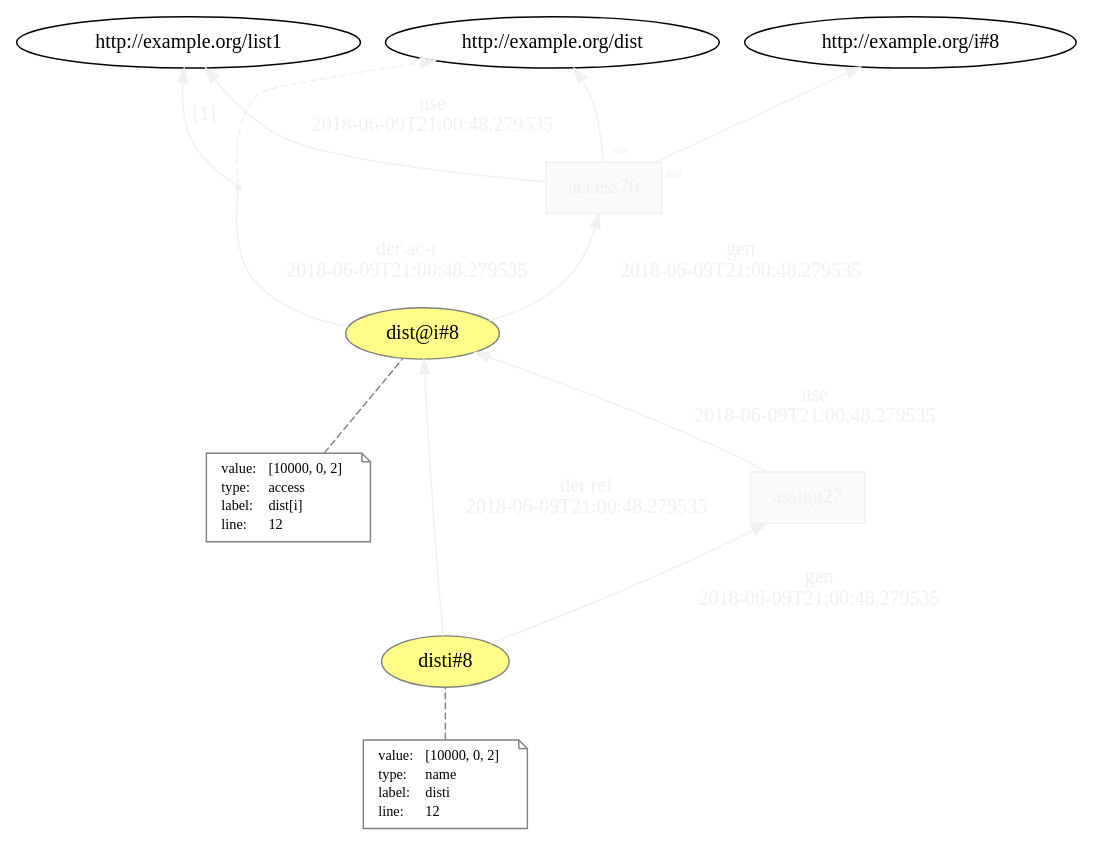
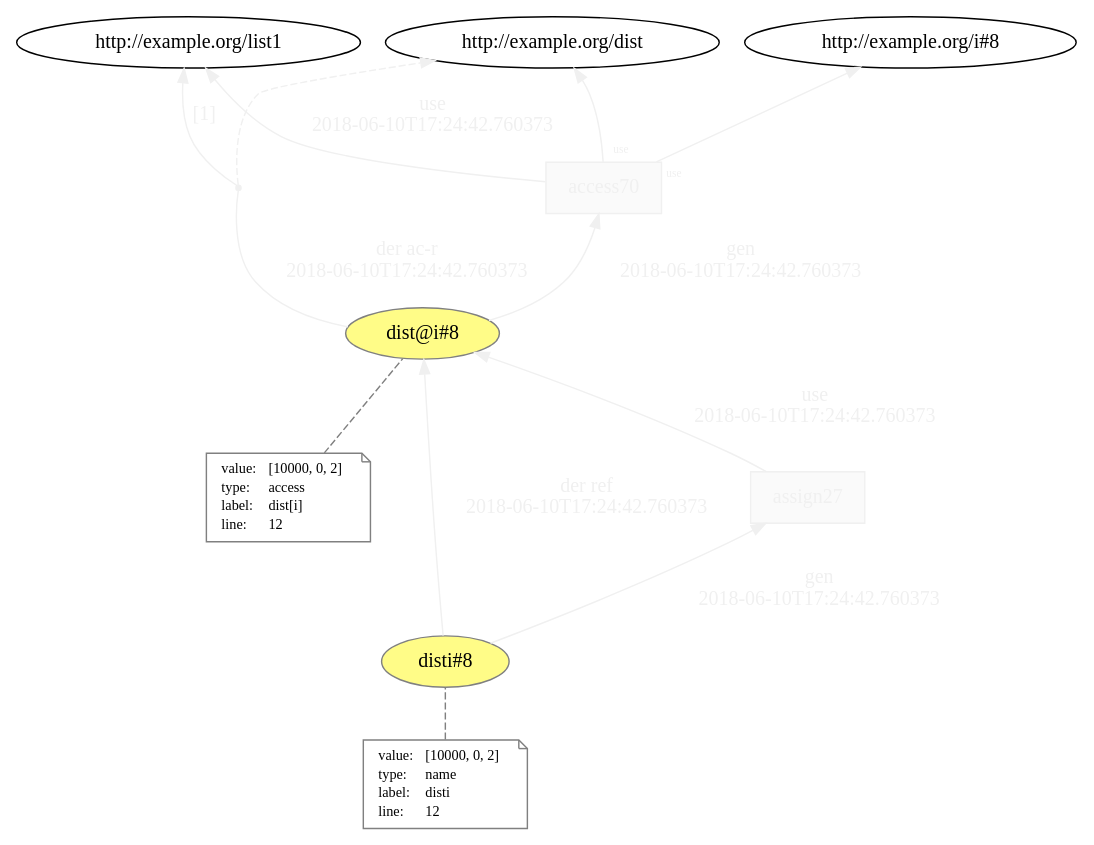
One commit to dew-uff/versioned-prov changed the diagram in generated/intertwined_prov/temp/L12__access__assign_8.dot. Above: the diagram before and after it, drawn with Graphviz. The commit also changed 947 other files, not shown here.

```diff
--- a/generated/intertwined_prov/temp/L12__access__assign_8.dot
+++ b/generated/intertwined_prov/temp/L12__access__assign_8.dot
@@ -1,61 +1,61 @@
 digraph "PROV" { size="16,12"; rankdir="BT";
 "http://example.org/dist@i#8" [fillcolor="#FFFC87",color="#808080",style="filled",label="dist@i#8",URL="http://example.org/dist@i#8"]
 "http://example.org/dist@i#8-attrs" [color="gray",shape="note",fontsize="10",fontcolor="black",label=<<TABLE cellpadding="0" border="0">
 	<TR>
 	    <TD align="left">value:</TD>
 	    <TD align="left">[10000, 0, 2]</TD>
 	</TR>
 	<TR>
 	    <TD align="left">type:</TD>
 	    <TD align="left">access</TD>
 	</TR>
 	<TR>
 	    <TD align="left">label:</TD>
 	    <TD align="left">dist[i]</TD>
 	</TR>
 	<TR>
 	    <TD align="left">line:</TD>
 	    <TD align="left">12</TD>
 	</TR>
 </TABLE>>]
 "http://example.org/dist@i#8-attrs" -> "http://example.org/dist@i#8" [color="gray",style="dashed",arrowhead="none"]
 "http://example.org/access70" [fillcolor="#FAFAFA",color="#F0F0F0",shape="polygon",sides="4",style="filled",fontcolor="#F0F0F0",label="access70",URL="http://example.org/access70"]
 "bn0" [shape="point",label="",fontcolor="#F0F0F0",color="#F0F0F0"]
 "http://example.org/dist@i#8" -> "bn0" [fontsize="14",distance="1.5",angle="60.0",rotation="20",label="der ac-r
-2018-06-09T21:00:48.279535",arrowhead="none",fontcolor="#F0F0F0",color="#F0F0F0"]
+2018-06-10T17:24:42.760373",arrowhead="none",fontcolor="#F0F0F0",color="#F0F0F0"]
 "bn0" -> "http://example.org/dist" [style="dashed",fontcolor="#F0F0F0",color="#F0F0F0"]
 "bn0" -> "http://example.org/list1" [fontsize="14",distance="1.5",angle="60.0",rotation="20",label="[1]",fontcolor="#F0F0F0",color="#F0F0F0"]
 "http://example.org/access70" -> "http://example.org/dist" [labelfontsize="8",labeldistance="1.5",labelangle="60.0",rotation="20",taillabel="use",fontcolor="#F0F0F0",color="#F0F0F0"]
 "http://example.org/access70" -> "http://example.org/i#8" [labelfontsize="8",labeldistance="1.5",labelangle="60.0",rotation="20",taillabel="use",fontcolor="#F0F0F0",color="#F0F0F0"]
 "http://example.org/disti#8" [fillcolor="#FFFC87",color="#808080",style="filled",label="disti#8",URL="http://example.org/disti#8"]
 "http://example.org/disti#8-attrs" [color="gray",shape="note",fontsize="10",fontcolor="black",label=<<TABLE cellpadding="0" border="0">
 	<TR>
 	    <TD align="left">value:</TD>
 	    <TD align="left">[10000, 0, 2]</TD>
 	</TR>
 	<TR>
 	    <TD align="left">type:</TD>
 	    <TD align="left">name</TD>
 	</TR>
 	<TR>
 	    <TD align="left">label:</TD>
 	    <TD align="left">disti</TD>
 	</TR>
 	<TR>
 	    <TD align="left">line:</TD>
 	    <TD align="left">12</TD>
 	</TR>
 </TABLE>>]
 "http://example.org/disti#8-attrs" -> "http://example.org/disti#8" [color="gray",style="dashed",arrowhead="none"]
 "http://example.org/assign27" [fillcolor="#FAFAFA",color="#F0F0F0",shape="polygon",sides="4",style="filled",fontcolor="#F0F0F0",label="assign27",URL="http://example.org/assign27"]
 "http://example.org/disti#8" -> "http://example.org/dist@i#8" [fontsize="14",distance="1.5",angle="60.0",rotation="20",label="der ref
-2018-06-09T21:00:48.279535",fontcolor="#F0F0F0",color="#F0F0F0"]
+2018-06-10T17:24:42.760373",fontcolor="#F0F0F0",color="#F0F0F0"]
 "http://example.org/access70" -> "http://example.org/list1" [fontsize="14",distance="1.5",angle="60.0",rotation="20",label="use
-2018-06-09T21:00:48.279535",fontcolor="#F0F0F0",color="#F0F0F0"]
+2018-06-10T17:24:42.760373",fontcolor="#F0F0F0",color="#F0F0F0"]
 "http://example.org/assign27" -> "http://example.org/dist@i#8" [fontsize="14",distance="1.5",angle="60.0",rotation="20",label="use
-2018-06-09T21:00:48.279535",fontcolor="#F0F0F0",color="#F0F0F0"]
+2018-06-10T17:24:42.760373",fontcolor="#F0F0F0",color="#F0F0F0"]
+"http://example.org/disti#8" -> "http://example.org/assign27" [fontsize="14",distance="1.5",angle="60.0",rotation="20",label="gen
+2018-06-10T17:24:42.760373",fontcolor="#F0F0F0",color="#F0F0F0"]
 "http://example.org/dist@i#8" -> "http://example.org/access70" [fontsize="14",distance="1.5",angle="60.0",rotation="20",label="gen
-2018-06-09T21:00:48.279535",fontcolor="#F0F0F0",color="#F0F0F0"]
-"http://example.org/disti#8" -> "http://example.org/assign27" [fontsize="14",distance="1.5",angle="60.0",rotation="20",label="gen
-2018-06-09T21:00:48.279535",fontcolor="#F0F0F0",color="#F0F0F0"]
+2018-06-10T17:24:42.760373",fontcolor="#F0F0F0",color="#F0F0F0"]
 }
```
